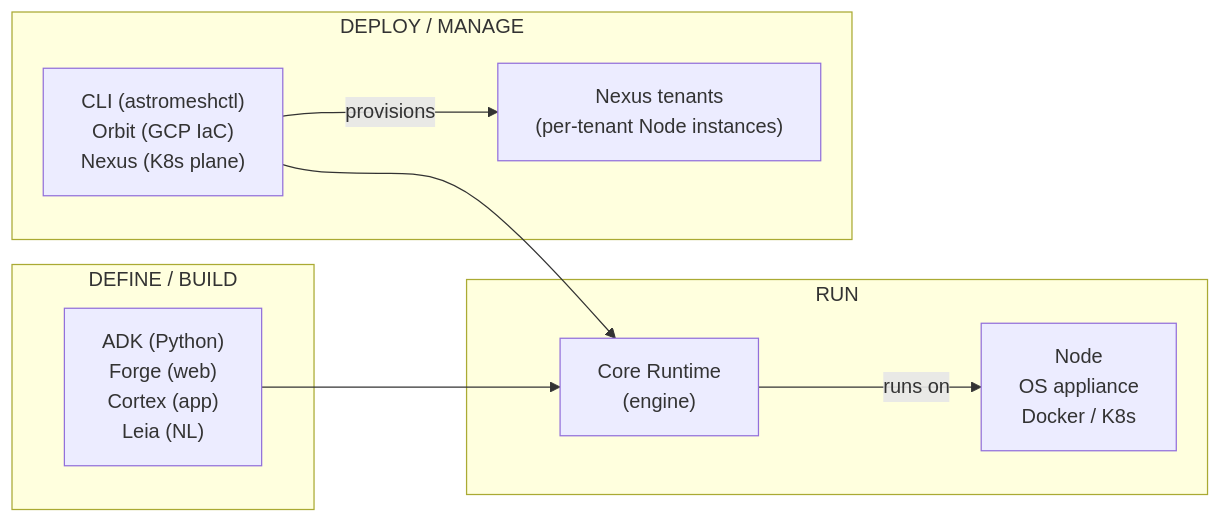
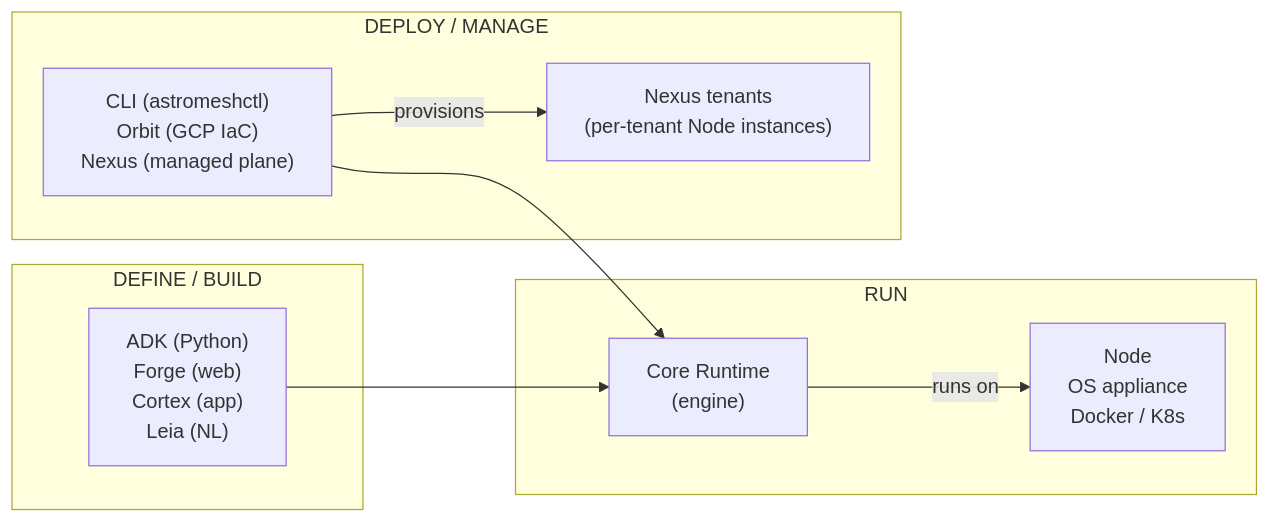
Before and after one commit to monaccode/astromesh: the first of 2 diagrams in docs-site/src/content/docs/getting-started/ecosystem.md, drawn with Mermaid. The commit also changed other lines of this file and 4 other files, not shown here.

````diff
--- a/docs-site/src/content/docs/getting-started/ecosystem.md
+++ b/docs-site/src/content/docs/getting-started/ecosystem.md
@@ -30,27 +30,27 @@
 ```mermaid
 flowchart LR
     subgraph build["DEFINE / BUILD"]
         tools["`ADK (Python)
         Forge (web)
         Cortex (app)
         Leia (NL)`"]
     end
     subgraph run["RUN"]
         core["`Core Runtime
         (engine)`"]
         infra["`Node
         OS appliance
         Docker / K8s`"]
     end
     subgraph manage["DEPLOY / MANAGE"]
         mgmt["`CLI (astromeshctl)
         Orbit (GCP IaC)
-        Nexus (K8s plane)`"]
+        Nexus (managed plane)`"]
         tenants["`Nexus tenants
         (per-tenant Node instances)`"]
     end
     tools --> core
     mgmt --> core
     core -- runs on --> infra
     mgmt -- provisions --> tenants
 ```
````
